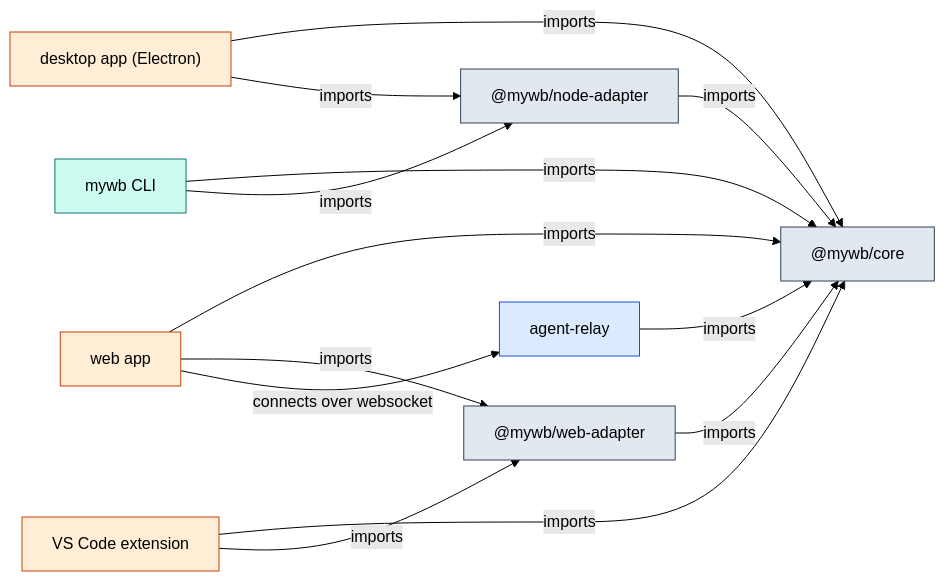
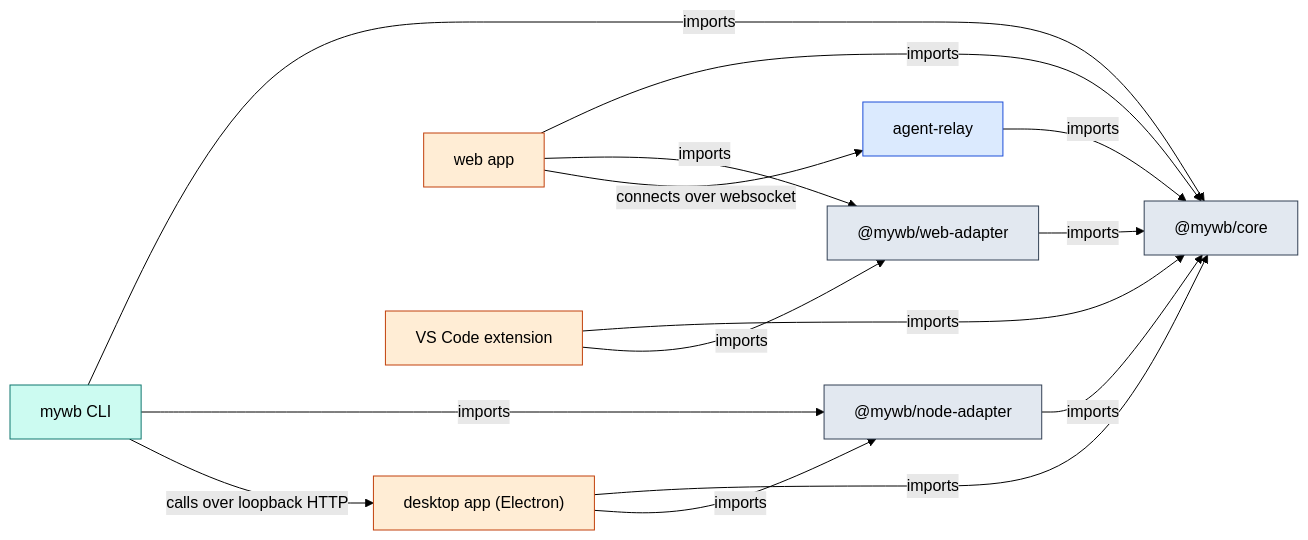
The diagram in README.md (phuc-nt/my-whiteboard), drawn with Mermaid (forest theme) before and after one commit. The commit also changed 3 other files, not shown here.

First line of the commit message:
fix(docs): add the two architecture edges the board never drew

````diff
--- a/README.md
+++ b/README.md
@@ -100,29 +100,30 @@
 ```mermaid
 flowchart LR
   n_mywb_core["@mywb/core"]:::lib
   n_mywb_node_adapter["@mywb/node-adapter"]:::lib
   n_mywb_web_adapter["@mywb/web-adapter"]:::lib
   n_desktop_app__Electron["desktop app (Electron)"]:::app
   n_mywb_CLI["mywb CLI"]:::tool
   n_web_app["web app"]:::app
   n_agent_relay["agent-relay"]:::api
   n_VS_Code_extension["VS Code extension"]:::app
   n_mywb_node_adapter -->|"imports"| n_mywb_core
   n_mywb_web_adapter -->|"imports"| n_mywb_core
   n_desktop_app__Electron -->|"imports"| n_mywb_core
   n_desktop_app__Electron -->|"imports"| n_mywb_node_adapter
   n_mywb_CLI -->|"imports"| n_mywb_core
   n_mywb_CLI -->|"imports"| n_mywb_node_adapter
   n_web_app -->|"imports"| n_mywb_core
   n_web_app -->|"imports"| n_mywb_web_adapter
   n_web_app -->|"connects over websocket"| n_agent_relay
   n_agent_relay -->|"imports"| n_mywb_core
   n_VS_Code_extension -->|"imports"| n_mywb_core
   n_VS_Code_extension -->|"imports"| n_mywb_web_adapter
+  n_mywb_CLI -->|"calls over loopback HTTP"| n_desktop_app__Electron
   %% code-ref: packages/core/src/shapes/service-node/service-node-shape-util.tsx:8-8
   %% code-ref: apps/cli/src/cli-main.ts:15-38
   classDef api fill:#dbeafe,stroke:#1d4ed8
   classDef lib fill:#e2e8f0,stroke:#334155
   classDef app fill:#ffedd5,stroke:#c2410c
   classDef tool fill:#ccfbf1,stroke:#0f766e
 ```
````
